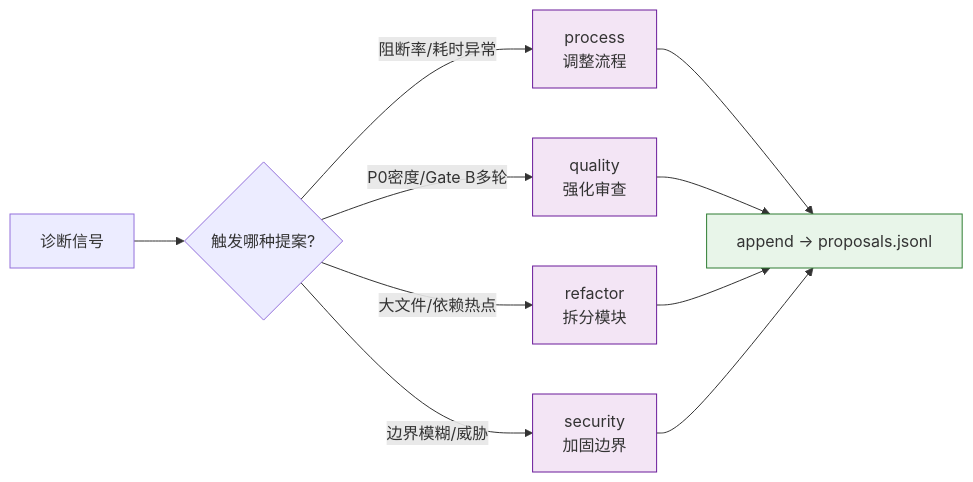
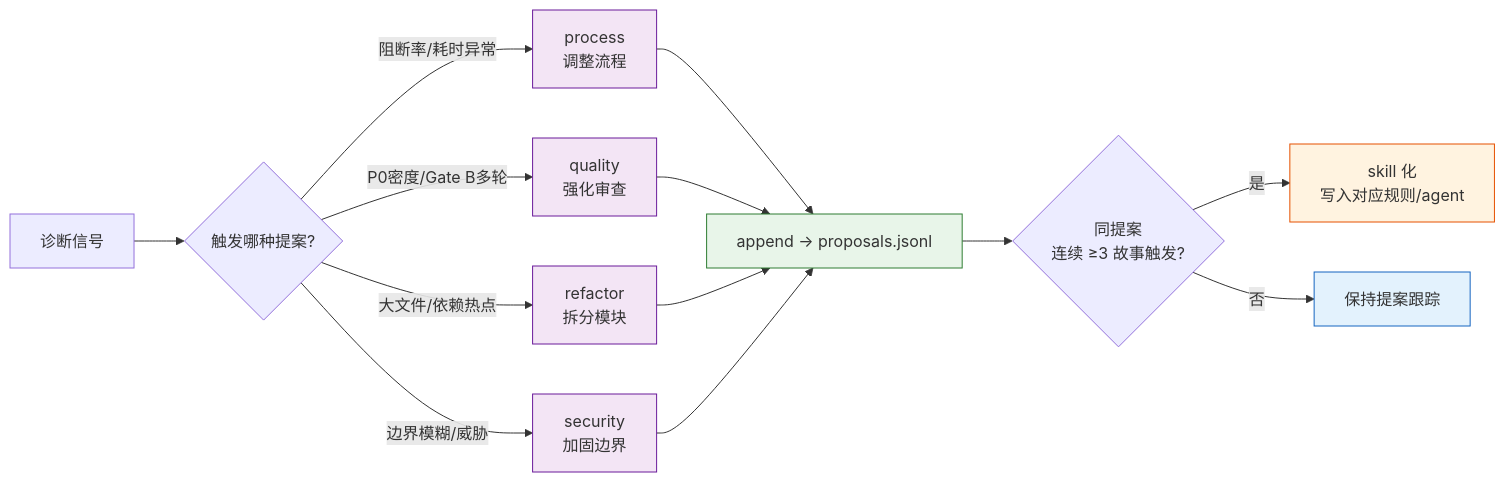
One commit to effiy/YrY changed the fourth of 6 diagrams in agents/self-improve.md. Above: the diagram before and after it, drawn with Mermaid. The commit also changed other lines of this file and 22 other files, not shown here.

````diff
--- a/agents/self-improve.md
+++ b/agents/self-improve.md
@@ -115,12 +125,17 @@
 ```mermaid
 flowchart LR
     DIAG["诊断信号"] --> TYPE{"触发哪种提案?"}
     TYPE -->|"阻断率/耗时异常"| PRC["process<br/>调整流程"]:::prop
     TYPE -->|"P0密度/Gate B多轮"| QLT["quality<br/>强化审查"]:::prop
     TYPE -->|"大文件/依赖热点"| REF["refactor<br/>拆分模块"]:::prop
     TYPE -->|"边界模糊/威胁"| SEC["security<br/>加固边界"]:::prop
     PRC & QLT & REF & SEC --> AP["append → proposals.jsonl"]:::out
+    AP --> RE{"同提案<br/>连续 ≥3 故事触发?"}
+    RE -->|"是"| SKL["skill 化<br/>写入对应规则/agent"]:::up
+    RE -->|"否"| WAIT["保持提案跟踪"]:::wait
 
     classDef prop fill:#f3e5f5,stroke:#6a1b9a;
     classDef out fill:#e8f5e9,stroke:#2e7d32;
+    classDef up fill:#fff3e0,stroke:#e65100;
+    classDef wait fill:#e3f2fd,stroke:#1565c0;
 ```
````
